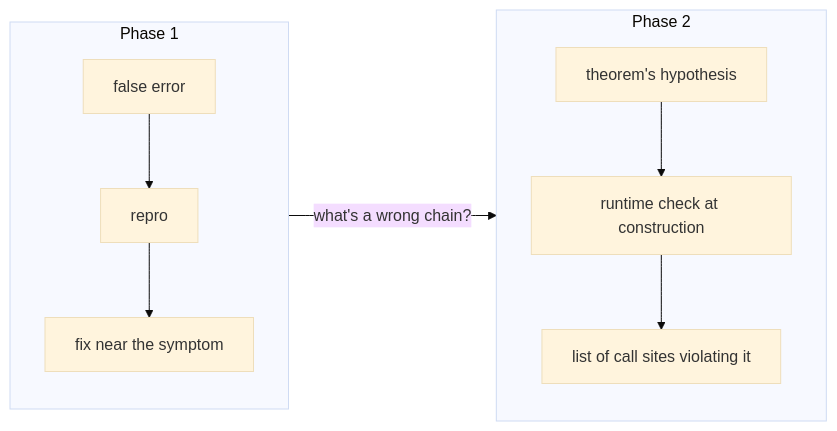
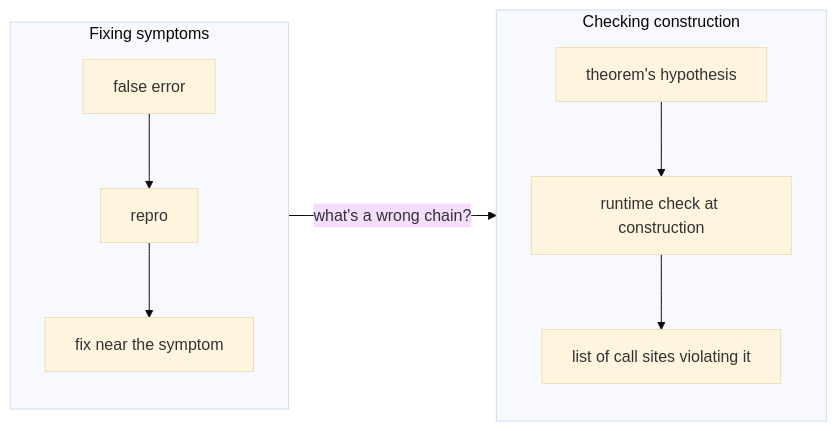
One commit to retronym/talks changed the fourth of 5 diagrams in intellij-cake/talk.md. Above: the diagram before and after it, drawn with Mermaid (base theme). The commit also changed other lines of this file and 1 other file, not shown here.

Commit message:
Talk: drop Phase N numbering

````diff
--- a/intellij-cake/talk.md
+++ b/intellij-cake/talk.md
@@ -297,10 +297,10 @@
 ```mermaid
 flowchart LR
-  subgraph P1["Phase 1"]
+  subgraph P1["Fixing symptoms"]
     E["false error"] --> REP["repro"] --> FIX["fix near the symptom"]
   end
-  subgraph P2["Phase 2"]
+  subgraph P2["Checking construction"]
     TH["theorem's hypothesis"] --> CHK["runtime check at construction"] --> SITE["list of call sites violating it"]
   end
   P1 -- "what's a wrong chain?" --> P2
 ```
````
